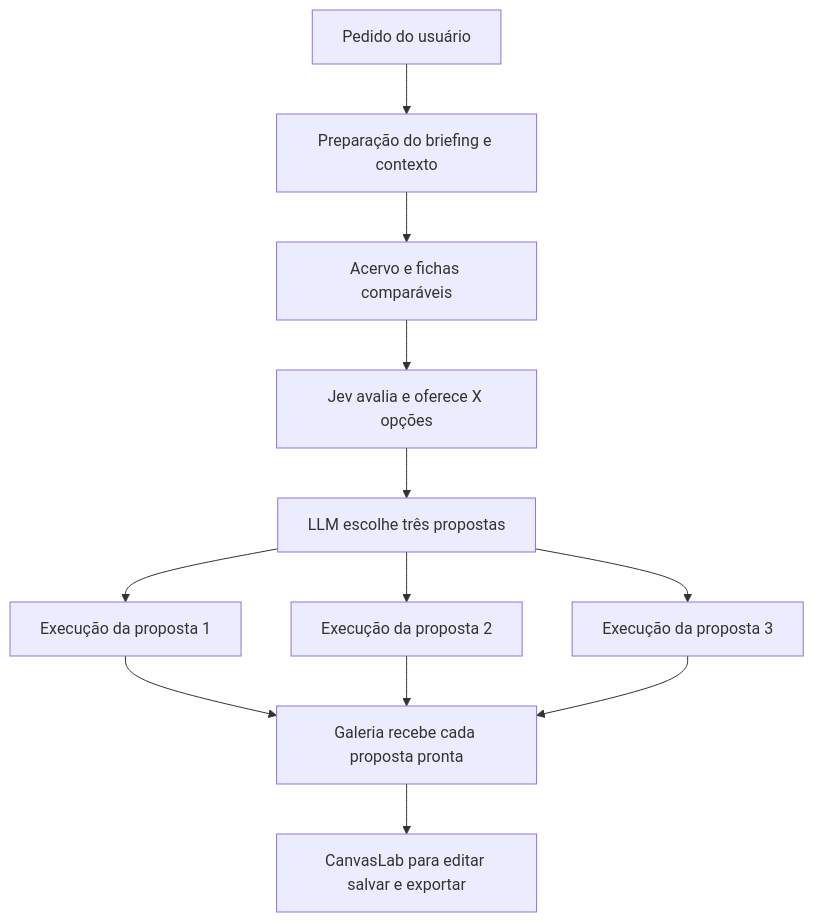
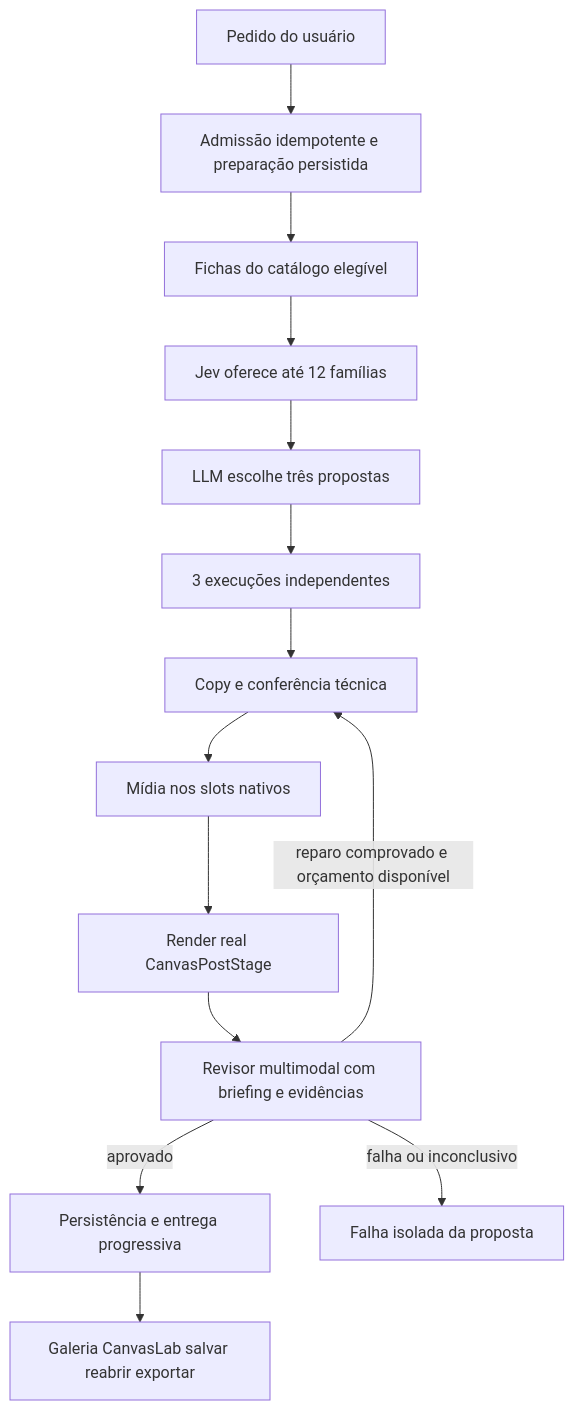
The diagram in docs/contexto-consolidacao-postspark.md (ManyRagDev/postspark3), drawn with Mermaid before and after one commit. The commit also changed other lines of this file and 435 other files, not shown here.

````diff
--- a/docs/contexto-consolidacao-postspark.md
+++ b/docs/contexto-consolidacao-postspark.md
@@ -59,14 +59,16 @@
 ```mermaid
 flowchart TD
-    A[Pedido do usuário] --> B[Preparação do briefing e contexto]
-    B --> C[Acervo e fichas comparáveis]
-    C --> D[Jev avalia e oferece X opções]
+    A[Pedido do usuário] --> B[Admissão idempotente e preparação persistida]
+    B --> C[Fichas do catálogo elegível]
+    C --> D[Jev oferece até 12 famílias]
     D --> E[LLM escolhe três propostas]
-    E --> P1[Execução da proposta 1]
-    E --> P2[Execução da proposta 2]
-    E --> P3[Execução da proposta 3]
-    P1 --> G[Galeria recebe cada proposta pronta]
-    P2 --> G
-    P3 --> G
-    G --> H[CanvasLab para editar salvar e exportar]
+    E --> F[3 execuções independentes]
+    F --> G[Copy e conferência técnica]
+    G --> H[Mídia nos slots nativos]
+    H --> I[Render real CanvasPostStage]
+    I --> J[Revisor multimodal com briefing e evidências]
+    J -->|aprovado| K[Persistência e entrega progressiva]
+    J -->|reparo comprovado e orçamento disponível| G
+    J -->|falha ou inconclusivo| L[Falha isolada da proposta]
+    K --> M[Galeria CanvasLab salvar reabrir exportar]
 ```
````
